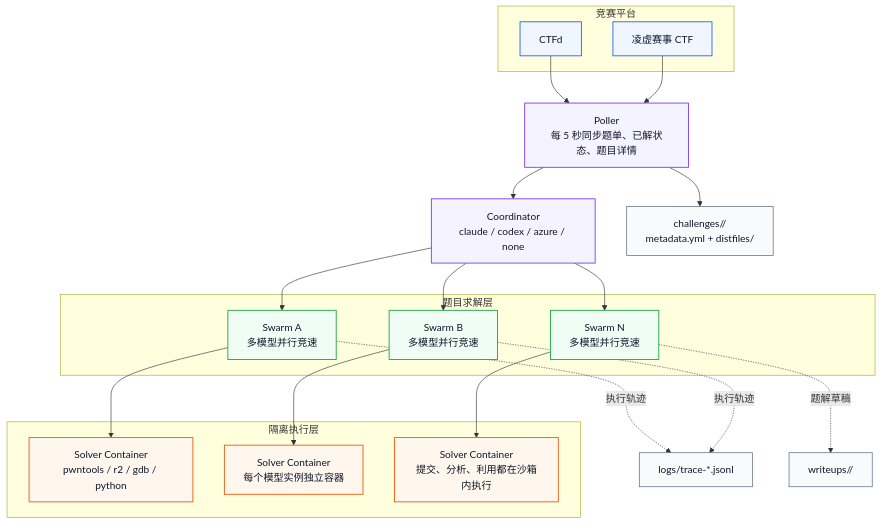
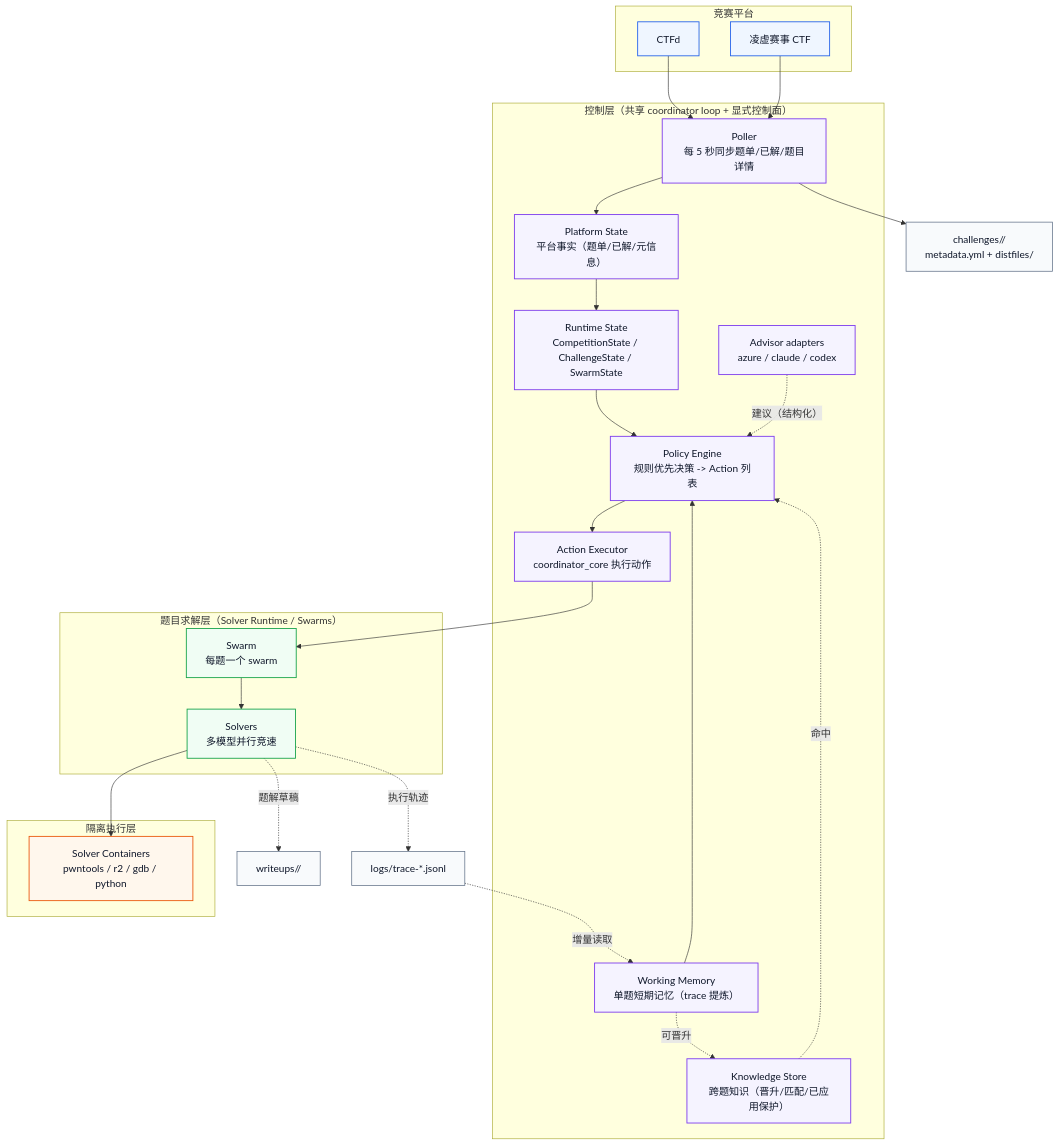
One commit to verialabs/ctf-agent changed the diagram in README.md. Above: the diagram before and after it, drawn with Mermaid. The commit also changed other lines of this file and 1 other file, not shown here.

Commit message:
更新控制架构文档与实现状态

````diff
--- a/README.md
+++ b/README.md
@@ -46,46 +58,55 @@
 ```mermaid
 flowchart TB
     classDef platform fill:#eff6ff,stroke:#2563eb,stroke-width:1.4px,color:#0f172a;
     classDef control fill:#f5f3ff,stroke:#7c3aed,stroke-width:1.4px,color:#0f172a;
     classDef swarm fill:#f0fdf4,stroke:#16a34a,stroke-width:1.4px,color:#0f172a;
     classDef sandbox fill:#fff7ed,stroke:#ea580c,stroke-width:1.4px,color:#0f172a;
     classDef artifact fill:#f8fafc,stroke:#64748b,stroke-width:1.2px,color:#0f172a;
 
     subgraph Platforms["竞赛平台"]
         CTFD["CTFd"]:::platform
         LX["凌虚赛事 CTF"]:::platform
     end
 
-    Poller["Poller<br/>每 5 秒同步题单、已解状态、题目详情"]:::control
-    Coordinator["Coordinator<br/>claude / codex / azure / none"]:::control
+    subgraph Control["控制层（共享 coordinator loop + 显式控制面）"]
+        Poller["Poller<br/>每 5 秒同步题单/已解/题目详情"]:::control
+        PState["Platform State<br/>平台事实（题单/已解/元信息）"]:::control
+        RState["Runtime State<br/>CompetitionState / ChallengeState / SwarmState"]:::control
+        WM["Working Memory<br/>单题短期记忆（trace 提炼）"]:::control
+        KS["Knowledge Store<br/>跨题知识（晋升/匹配/已应用保护）"]:::control
+        PE["Policy Engine<br/>规则优先决策 -> Action 列表"]:::control
+        AE["Action Executor<br/>coordinator_core 执行动作"]:::control
+        Advisors["Advisor adapters<br/>azure / claude / codex"]:::control
+    end
 
-    subgraph Swarms["题目求解层"]
-        S1["Swarm A<br/>多模型并行竞速"]:::swarm
-        S2["Swarm B<br/>多模型并行竞速"]:::swarm
-        SN["Swarm N<br/>多模型并行竞速"]:::swarm
+    subgraph Swarms["题目求解层（Solver Runtime / Swarms）"]
+        S1["Swarm<br/>每题一个 swarm"]:::swarm
+        Solvers["Solvers<br/>多模型并行竞速"]:::swarm
     end
 
     subgraph Sandboxes["隔离执行层"]
-        B1["Solver Container<br/>pwntools / r2 / gdb / python"]:::sandbox
-        B2["Solver Container<br/>每个模型实例独立容器"]:::sandbox
-        B3["Solver Container<br/>提交、分析、利用都在沙箱内执行"]:::sandbox
+        Boxes["Solver Containers<br/>pwntools / r2 / gdb / python"]:::sandbox
     end
 
     ChallengeDir["challenges/<slug>/<br/>metadata.yml + distfiles/"]:::artifact
     Logs["logs/trace-*.jsonl"]:::artifact
     Writeups["writeups/<platform-event>/"]:::artifact
 
     CTFD --> Poller
     LX --> Poller
-    Poller --> Coordinator
+    Poller --> PState
     Poller --> ChallengeDir
-    Coordinator --> S1
-    Coordinator --> S2
-    Coordinator --> SN
-    S1 --> B1
-    S2 --> B2
-    SN --> B3
-    S1 -.执行轨迹.-> Logs
-    S2 -.执行轨迹.-> Logs
-    SN -.题解草稿.-> Writeups
+    PState --> RState
+    Logs -.增量读取.-> WM
+    WM -.可晋升.-> KS
+    KS -.命中.-> PE
+    RState --> PE
+    WM --> PE
+    PE --> AE
+    Advisors -.建议（结构化）.-> PE
+    AE --> S1
+    S1 --> Solvers
+    Solvers --> Boxes
+    Solvers -.执行轨迹.-> Logs
+    Solvers -.题解草稿.-> Writeups
 ```
````
